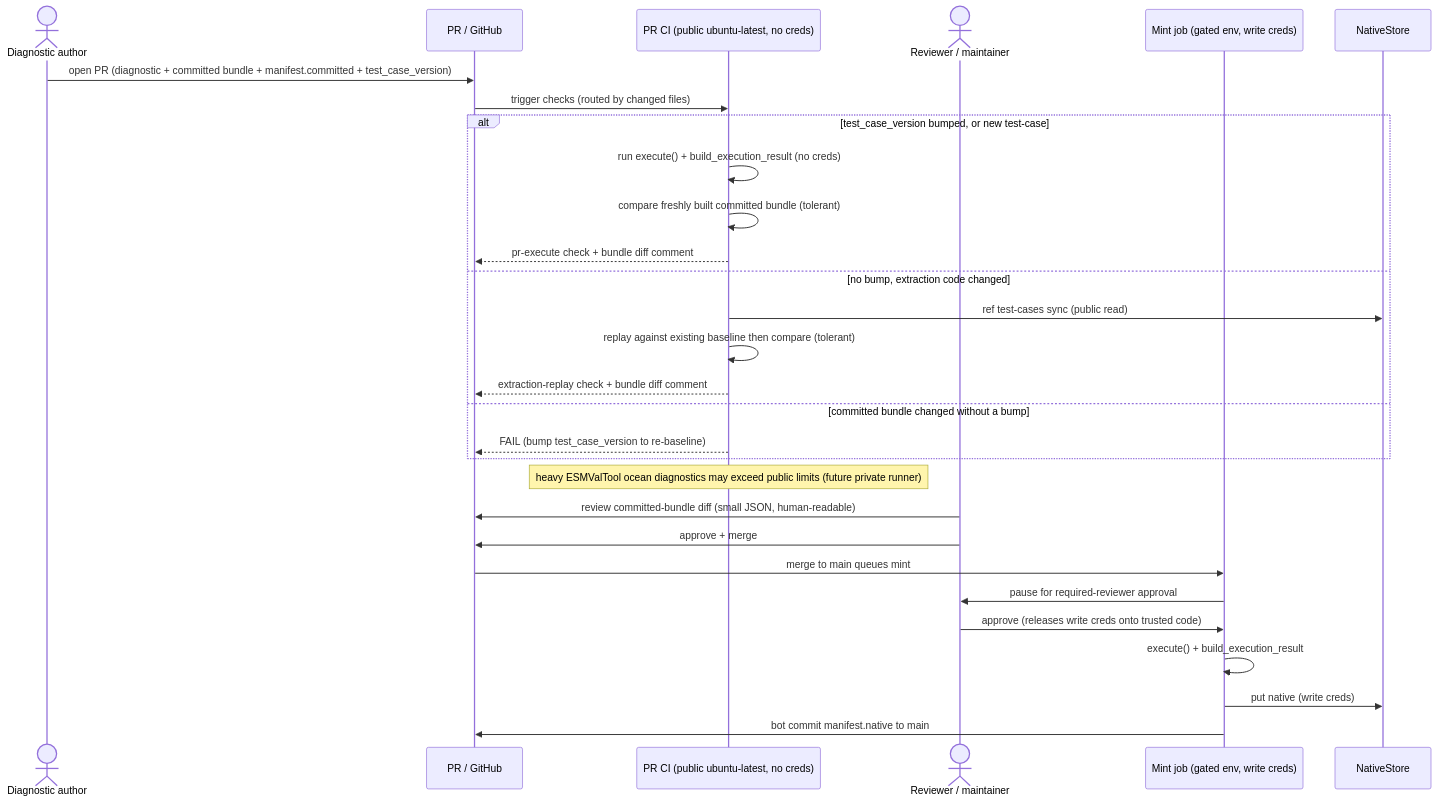
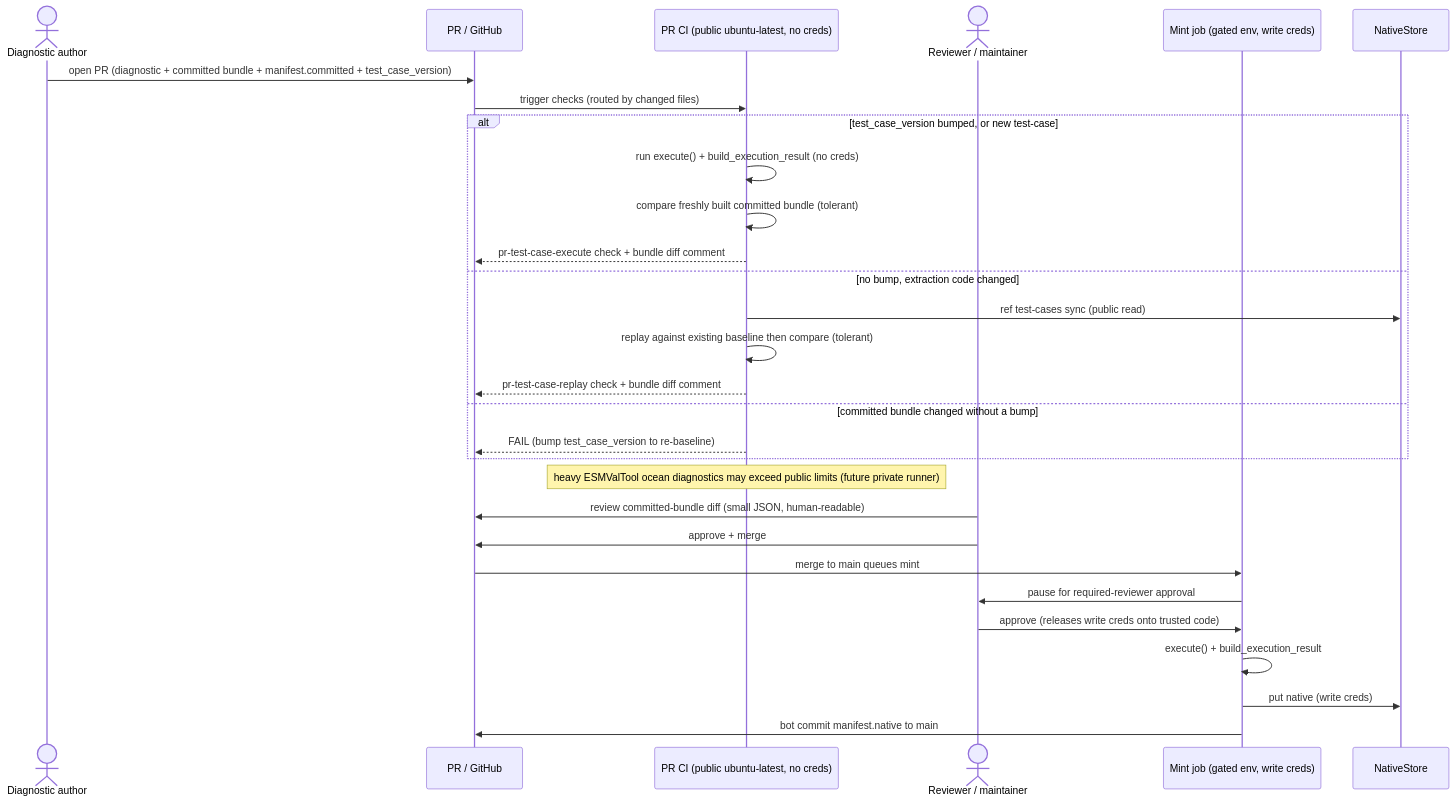
Before and after one commit to Climate-REF/rfcs: the second of 3 diagrams in text/0005-regression-baselines.md, drawn with Mermaid. The commit also changed other lines of this file, not shown here.

Commit message:
chore: update flow chart

````diff
--- a/text/0005-regression-baselines.md
+++ b/text/0005-regression-baselines.md
@@ -236,36 +236,36 @@
 ```mermaid
 sequenceDiagram
     actor Author as Diagnostic author
     participant PR as PR / GitHub
     participant CI as PR CI (public ubuntu-latest, no creds)
     actor Reviewer as Reviewer / maintainer
     participant Mint as Mint job (gated env, write creds)
     participant Store as NativeStore
 
     Author->>PR: open PR (diagnostic + committed bundle + manifest.committed + test_case_version)
     PR->>CI: trigger checks (routed by changed files)
 
     alt test_case_version bumped, or new test-case
         CI->>CI: run execute() + build_execution_result (no creds)
         CI->>CI: compare freshly built committed bundle (tolerant)
-        CI-->>PR: pr-execute check + bundle diff comment
+        CI-->>PR: pr-test-case-execute check + bundle diff comment
     else no bump, extraction code changed
         CI->>Store: ref test-cases sync (public read)
         CI->>CI: replay against existing baseline then compare (tolerant)
-        CI-->>PR: extraction-replay check + bundle diff comment
+        CI-->>PR: pr-test-case-replay check + bundle diff comment
     else committed bundle changed without a bump
         CI-->>PR: FAIL (bump test_case_version to re-baseline)
     end
 
     Note over CI: heavy ESMValTool ocean diagnostics may exceed public limits (future private runner)
 
     Reviewer->>PR: review committed-bundle diff (small JSON, human-readable)
     Reviewer->>PR: approve + merge
 
     PR->>Mint: merge to main queues mint
     Mint->>Reviewer: pause for required-reviewer approval
     Reviewer->>Mint: approve (releases write creds onto trusted code)
     Mint->>Mint: execute() + build_execution_result
     Mint->>Store: put native (write creds)
     Mint->>PR: bot commit manifest.native to main
 ```
````
